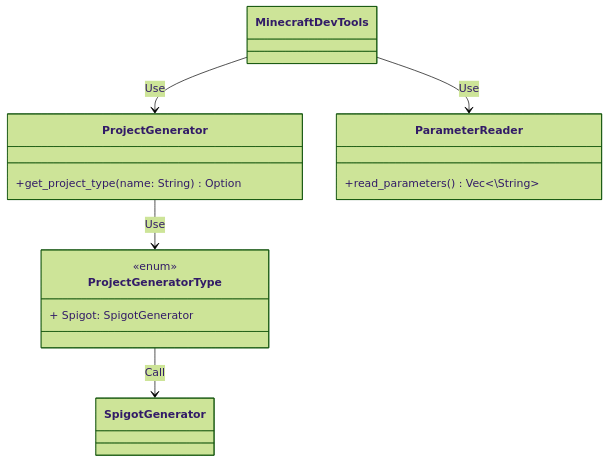
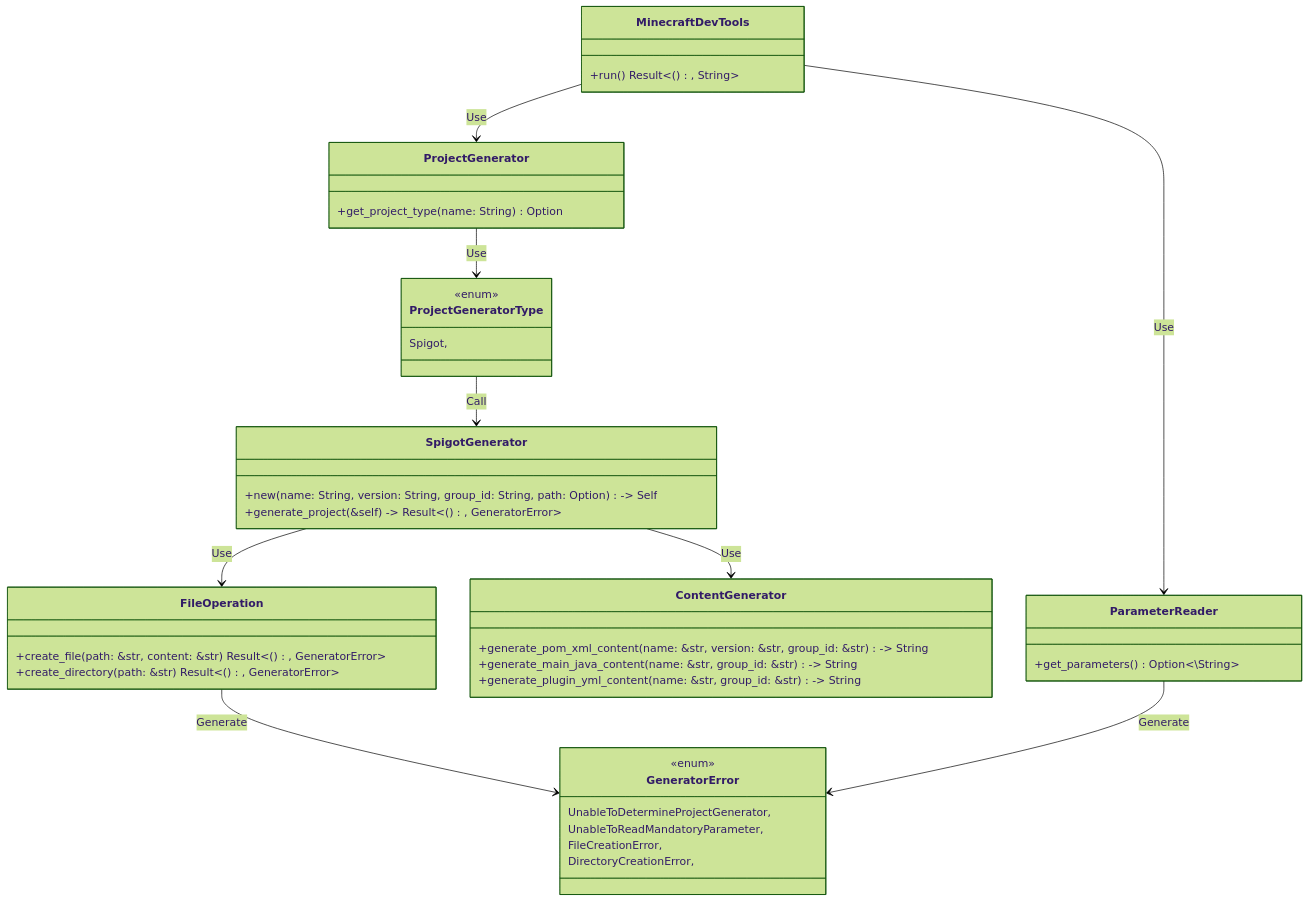
The diagram in docs/design.md (Swymn/MinecraftDevTool), drawn with Mermaid (forest theme) before and after one commit. The commit also changed 3 other files, not shown here.

````diff
--- a/docs/design.md
+++ b/docs/design.md
@@ -9,20 +9,54 @@
 ```mermaid
 	classDiagram
-	class ProjectGenerator {
-		+get_project_type(name: String) Option<ProjectGenertorType>
-	}
-	
-	class ParameterReader {
-        +read_parameters() Vec<\String\>
+    class MinecraftDevTools {
+        +run() Result<(), String>
     }
-
-	class ProjectGeneratorType {
-		<<enum>>
-		+ Spigot: SpigotGenerator
-	}
+    
+    class GeneratorError {
+        <<enum>>
+        UnableToDetermineProjectGenerator,
+        UnableToReadMandatoryParameter,
+        FileCreationError,
+        DirectoryCreationError,
+    }
+    
+    class ParameterReader {
+        +get_parameters() Option<\String\>
+    }
+    
+    class ProjectGenerator {
+        +get_project_type(name: String) Option<ProjectGenertorType>
+    }
+    
+    class ContentGenerator {
+        +generate_pom_xml_content(name: &str, version: &str, group_id: &str) -> String
+        +generate_main_java_content(name: &str, group_id: &str) -> String
+        +generate_plugin_yml_content(name: &str, group_id: &str) -> String
+    }
+    
+    class FileOperation {
+        +create_file(path: &str, content: &str) Result<(), GeneratorError>
+        +create_directory(path: &str) Result<(), GeneratorError>
+    }
+    
+    class SpigotGenerator {
+        +new(name: String, version: String, group_id: String, path: Option<String>) -> Self
+        +generate_project(&self) -> Result<(), GeneratorError>
+    }
+    
+    class ProjectGeneratorType {
+        <<enum>>
+        Spigot,
+    }
 	
 	MinecraftDevTools --> ProjectGenerator : Use
 	MinecraftDevTools --> ParameterReader : Use
     ProjectGenerator --> ProjectGeneratorType : Use
     ProjectGeneratorType --> SpigotGenerator : Call
+    SpigotGenerator --> ContentGenerator : Use
+    SpigotGenerator --> FileOperation : Use
+    
+    FileOperation --> GeneratorError : Generate
+    ParameterReader --> GeneratorError : Generate
+    
 ```
````
